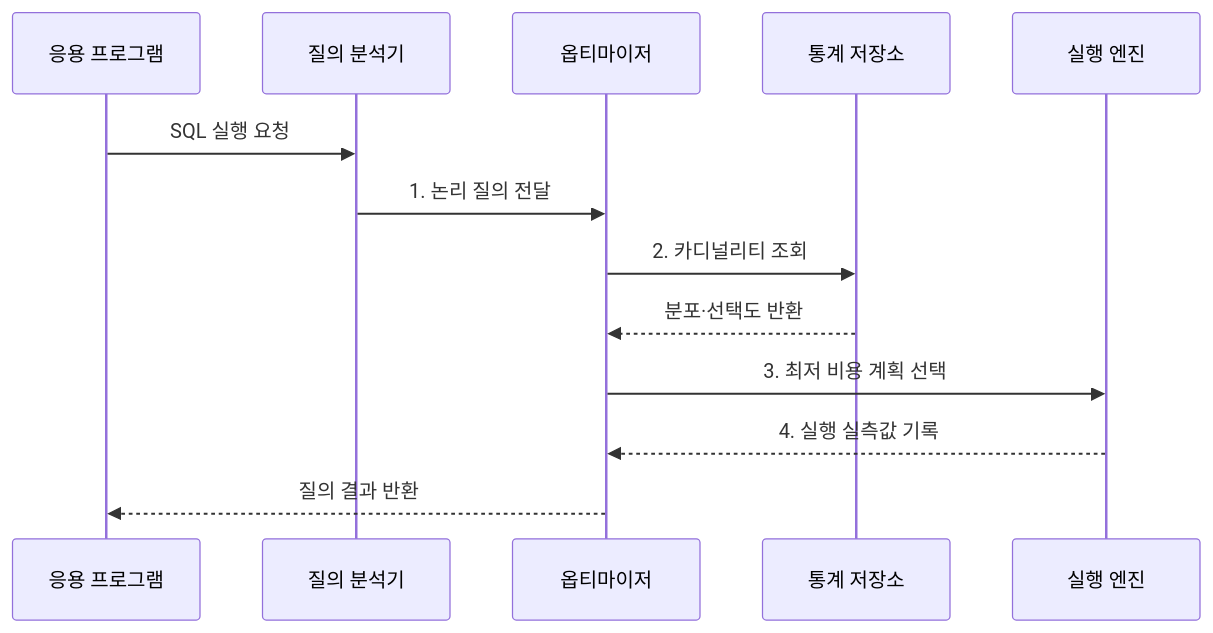
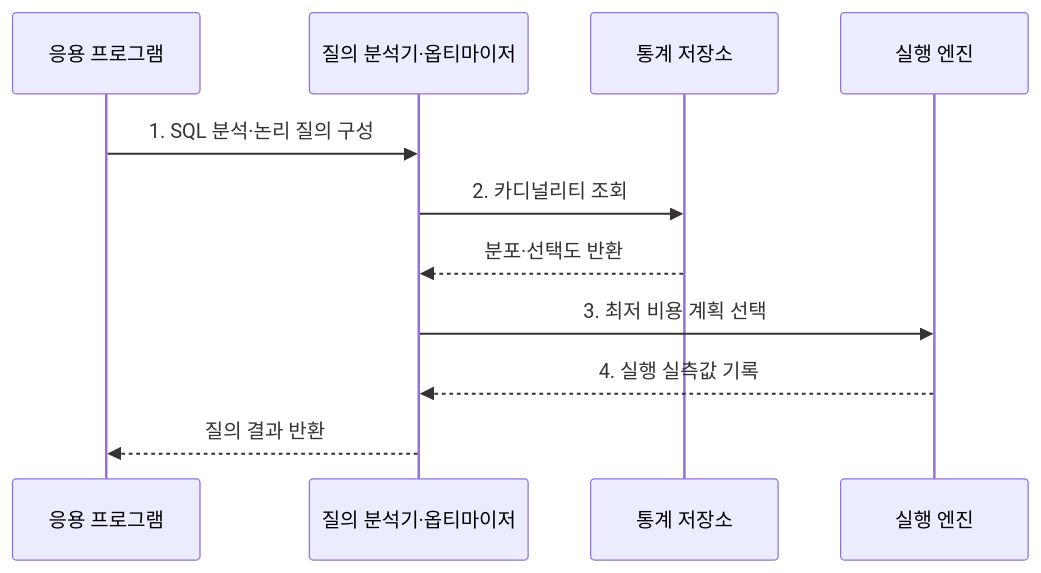
One commit to agnusdei1207/knowledge-base changed the second of 2 diagrams in src/content/docs/notes/03-software/095_query_execution_plan_optimization.md. Above: the diagram before and after it, drawn with Mermaid. The commit also changed other lines of this file and 8 other files, not shown here.

Commit message:
Simplify database execution diagrams

````diff
--- a/src/content/docs/notes/03-software/095_query_execution_plan_optimization.md
+++ b/src/content/docs/notes/03-software/095_query_execution_plan_optimization.md
@@ -99,15 +99,13 @@
 ```mermaid
 sequenceDiagram
     participant A as 응용 프로그램
-    participant Q as 질의 분석기
-    participant O as 옵티마이저
+    participant O as 질의 분석기·옵티마이저
     participant S as 통계 저장소
     participant E as 실행 엔진
-    A->>Q: SQL 실행 요청
-    Q->>O: 1. 논리 질의 전달
+    A->>O: 1. SQL 분석·논리 질의 구성
     O->>S: 2. 카디널리티 조회
     S-->>O: 분포·선택도 반환
     O->>E: 3. 최저 비용 계획 선택
     E-->>O: 4. 실행 실측값 기록
     O-->>A: 질의 결과 반환
 ```
````
